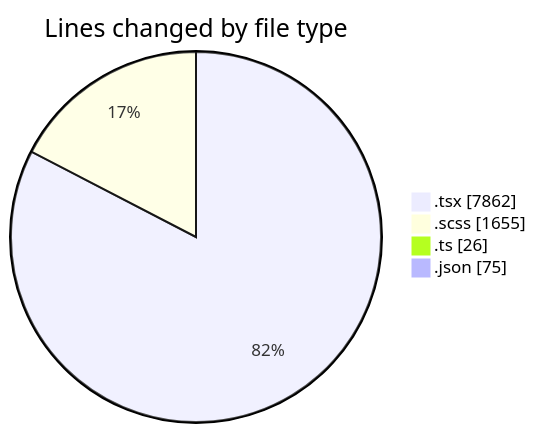
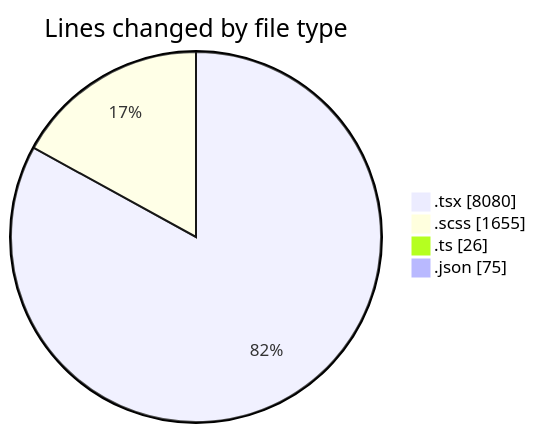
The first of 2 diagrams in 2025-04-09/cda/README.md (momahboobian/code-tracking), drawn with Mermaid before and after one commit. The commit also changed other lines of this file and 1 other file, not shown here.

````diff
--- a/2025-04-09/cda/README.md
+++ b/2025-04-09/cda/README.md
@@ -45,8 +47,8 @@
 ```mermaid
 pie showData
 title Lines changed by file type
-".tsx" : 7862
+".tsx" : 8080
 ".scss" : 1655
 ".ts" : 26
 ".json" : 75
 ```
````
